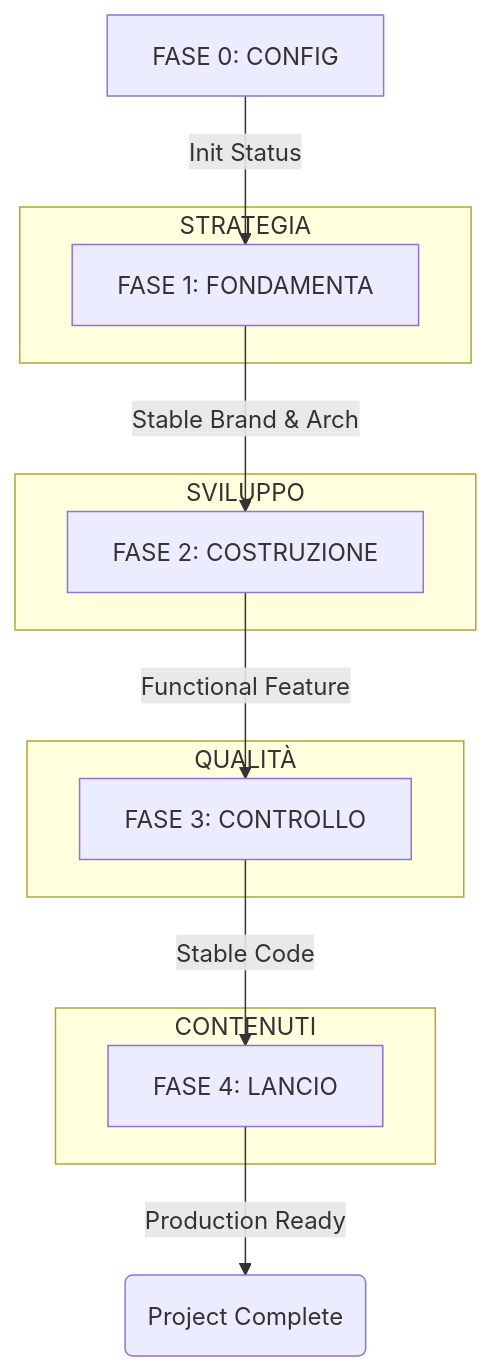
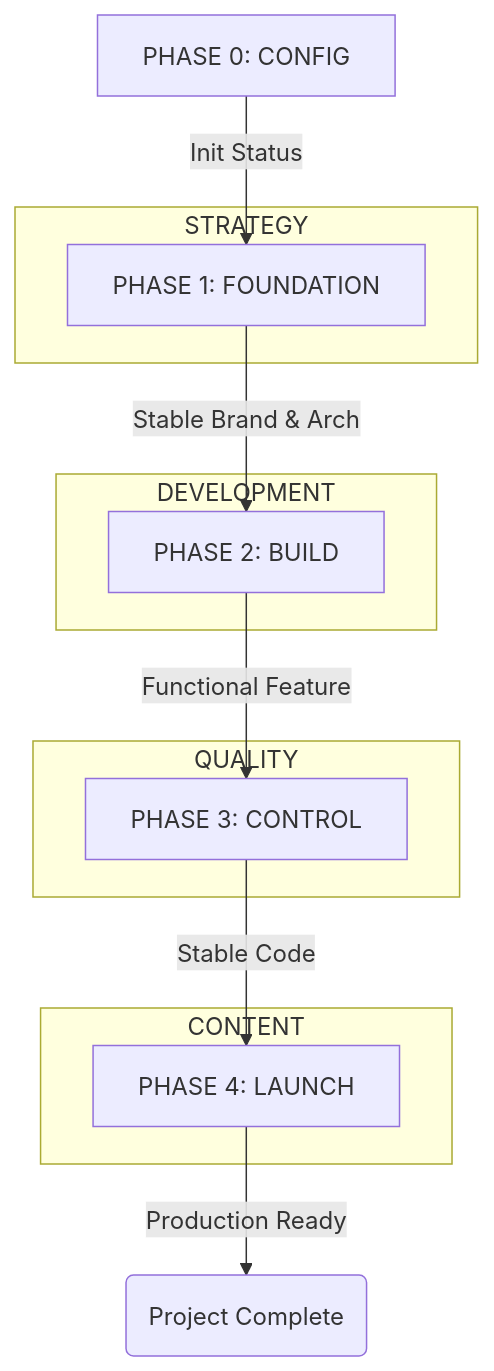
The diagram in WORKFLOW-GUIDE.md (VaniaRensi/kit), drawn with Mermaid before and after one commit. The commit also changed other lines of this file and 26 other files, not shown here.

````diff
--- a/WORKFLOW-GUIDE.md
+++ b/WORKFLOW-GUIDE.md
@@ -7,24 +7,24 @@
 ```mermaid
 graph TD
-    F0[FASE 0: CONFIG] -->|Init Status| F1[FASE 1: FONDAMENTA]
-    F1 -->|Stable Brand & Arch| F2[FASE 2: COSTRUZIONE]
-    F2 -->|Functional Feature| F3[FASE 3: CONTROLLO]
-    F3 -->|Stable Code| F4[FASE 4: LANCIO]
+    F0[PHASE 0: CONFIG] -->|Init Status| F1[PHASE 1: FOUNDATION]
+    F1 -->|Stable Brand & Arch| F2[PHASE 2: BUILD]
+    F2 -->|Functional Feature| F3[PHASE 3: CONTROL]
+    F3 -->|Stable Code| F4[PHASE 4: LAUNCH]
     F4 -->|Production Ready| END(Project Complete)
 
-    subgraph "STRATEGIA"
+    subgraph "STRATEGY"
     F1
     end
 
-    subgraph "SVILUPPO"
+    subgraph "DEVELOPMENT"
     F2
     end
 
-    subgraph "QUALITÀ"
+    subgraph "QUALITY"
     F3
     end
 
-    subgraph "CONTENUTI"
+    subgraph "CONTENT"
     F4
     end
 ```
````
